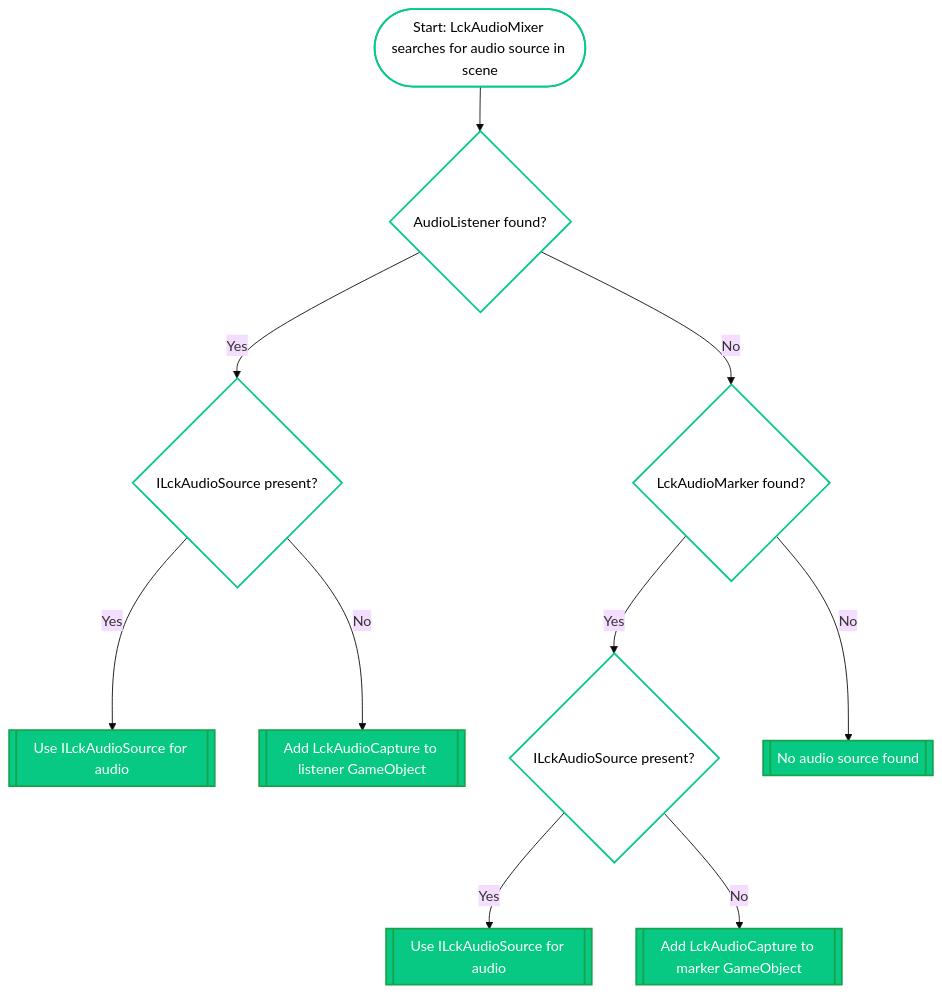
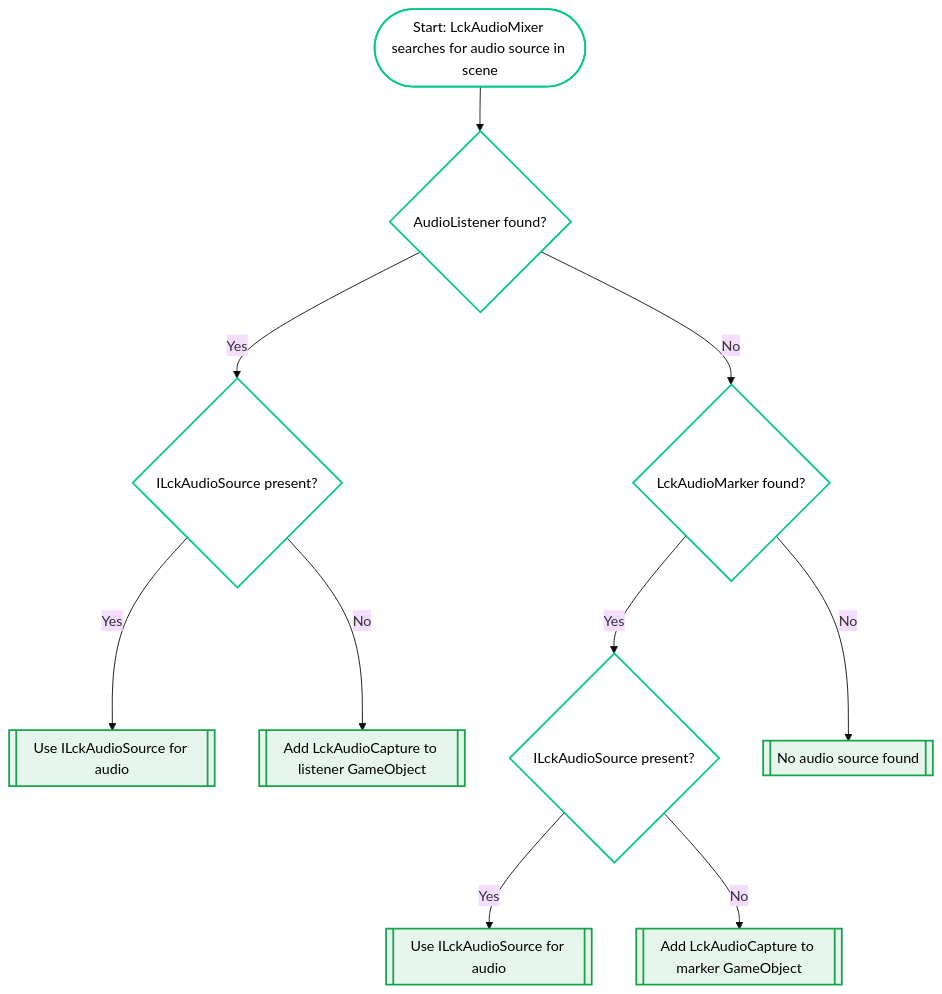
The diagram in customisation/audio.mdx (freydog-liv/docs), drawn with Mermaid (base theme) before and after one commit.

Commit message:
Documentation edits made through Mintlify web editor

````diff
--- a/customisation/audio.mdx
+++ b/customisation/audio.mdx
@@ -13,29 +13,29 @@
 ```mermaid
 flowchart TD
     A([Start: LckAudioMixer searches for audio source in scene]) --> B{AudioListener found?}
 
     B -->|Yes| C{ILckAudioSource present?}
     C -->|Yes| D[[Use ILckAudioSource for audio]]
     C -->|No| E[[Add LckAudioCapture to listener GameObject]]
 
     B -->|No| F{LckAudioMarker found?}
     F -->|Yes| G{ILckAudioSource present?}
     G -->|Yes| H[[Use ILckAudioSource for audio]]
     G -->|No| I[[Add LckAudioCapture to marker GameObject]]
 
     F -->|No| J[[No audio source found]]
 
 
          %% Styling
     style A fill:#FFFFFF,stroke:#07C983,stroke-width:2px,color:#000000
     style B fill:#FFFFFF,stroke:#07C983,stroke-width:2px,color:#000000
     style C fill:#FFFFFF,stroke:#07C983,stroke-width:2px,color:#000000
     style F fill:#FFFFFF,stroke:#07C983,stroke-width:2px,color:#000000
     style G fill:#FFFFFF,stroke:#07C983,stroke-width:2px,color:#000000
 
-    style D fill:#07C983,stroke:#16A34A,stroke-width:2px,color:#FFFFFF
-    style E fill:#07C983,stroke:#16A34A,stroke-width:2px,color:#FFFFFF
-    style H fill:#07C983,stroke:#16A34A,stroke-width:2px,color:#FFFFFF
-    style I fill:#07C983,stroke:#16A34A,stroke-width:2px,color:#FFFFFF
-    style J fill:#07C983,stroke:#16A34A,stroke-width:2px,color:#FFFFFF
+    style D fill:#E7F6ED,stroke:#16A34A,stroke-width:2px,color:#000000
+    style E fill:#E7F6ED,stroke:#16A34A,stroke-width:2px,color:#000000
+    style H fill:#E7F6ED,stroke:#16A34A,stroke-width:2px,color:#000000
+    style I fill:#E7F6ED,stroke:#16A34A,stroke-width:2px,color:#000000
+    style J fill:#E7F6ED,stroke:#16A34A,stroke-width:2px,color:#000000
 ```
````
